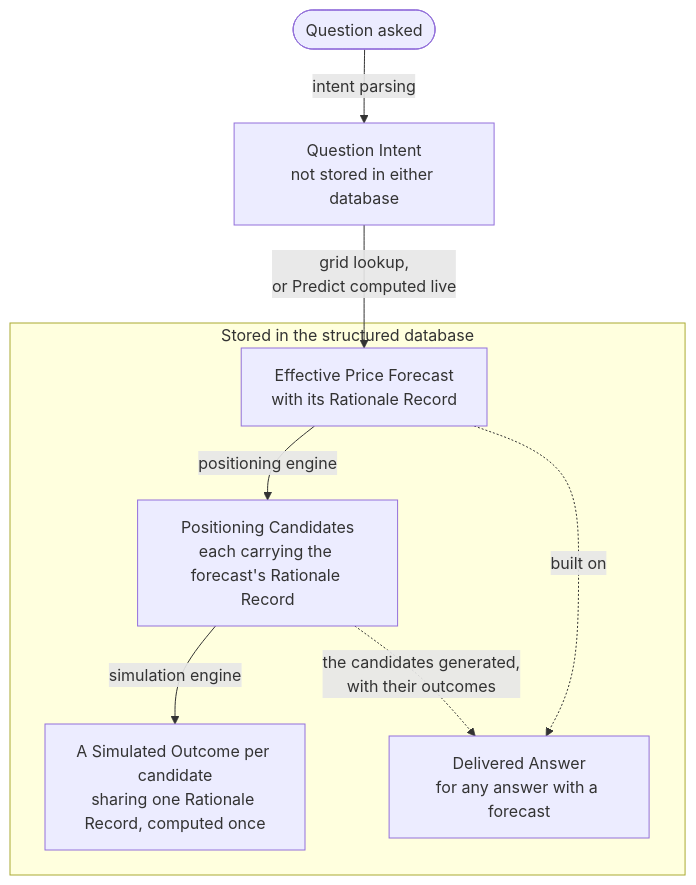
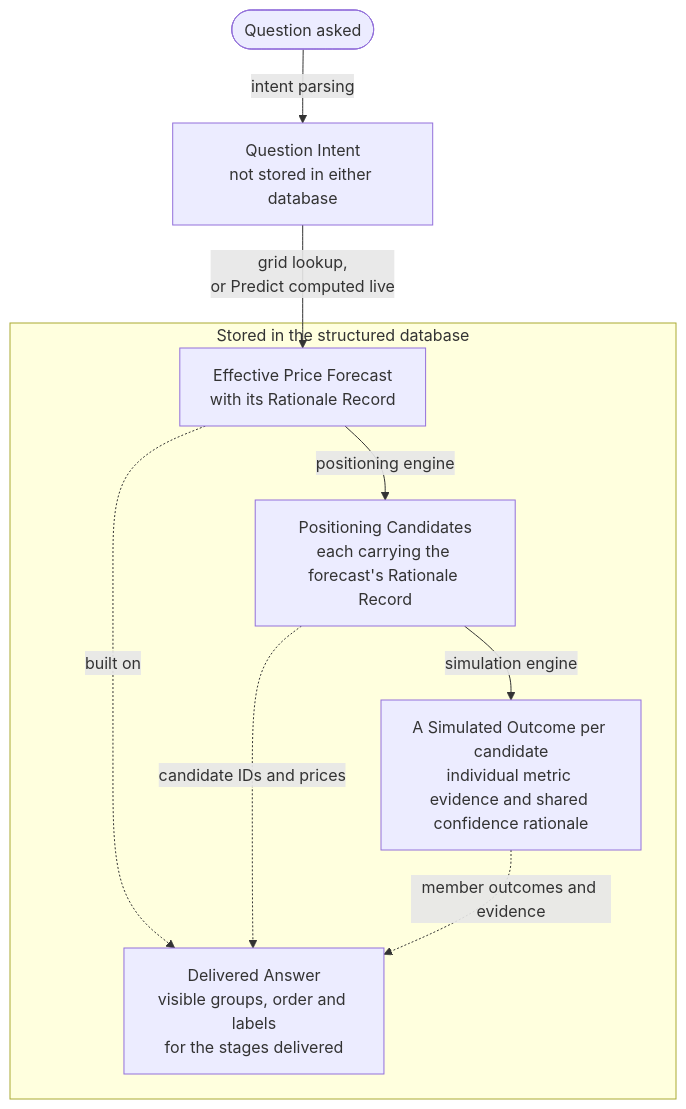
One commit to billy-atkins/price-horizon changed the fourth of 5 diagrams in specs/application/technical/architecture.md. Above: the diagram before and after it, drawn with Mermaid. The commit also changed other lines of this file and 13 other files, not shown here.

First line of the commit message:
Define how pricing options are computed, simulated and shown

````diff
--- a/specs/application/technical/architecture.md
+++ b/specs/application/technical/architecture.md
@@ -208,19 +208,20 @@
 ```mermaid
 ---
 config:
   layout: dagre
 ---
 flowchart TD
     Q(["Question asked"]) -->|"intent parsing"| QI["Question Intent<br/>not stored in either database"]
     QI -->|"grid lookup,<br/>or Predict computed live"| EPF
     subgraph STORED["Stored in the structured database"]
         EPF["Effective Price Forecast<br/>with its Rationale Record"]
         PC["Positioning Candidates<br/>each carrying the forecast's Rationale Record"]
-        SO["A Simulated Outcome per candidate<br/>sharing one Rationale Record, computed once"]
-        DA["Delivered Answer<br/>for any answer with a forecast"]
+        SO["A Simulated Outcome per candidate<br/>individual metric evidence and shared confidence rationale"]
+        DA["Delivered Answer<br/>visible groups, order and labels<br/>for the stages delivered"]
         EPF -->|"positioning engine"| PC
         PC -->|"simulation engine"| SO
         EPF -.->|"built on"| DA
-        PC -.->|"the candidates generated,<br/>with their outcomes"| DA
+        PC -.->|"candidate IDs and prices"| DA
+        SO -.->|"member outcomes and evidence"| DA
     end
 ```
````
